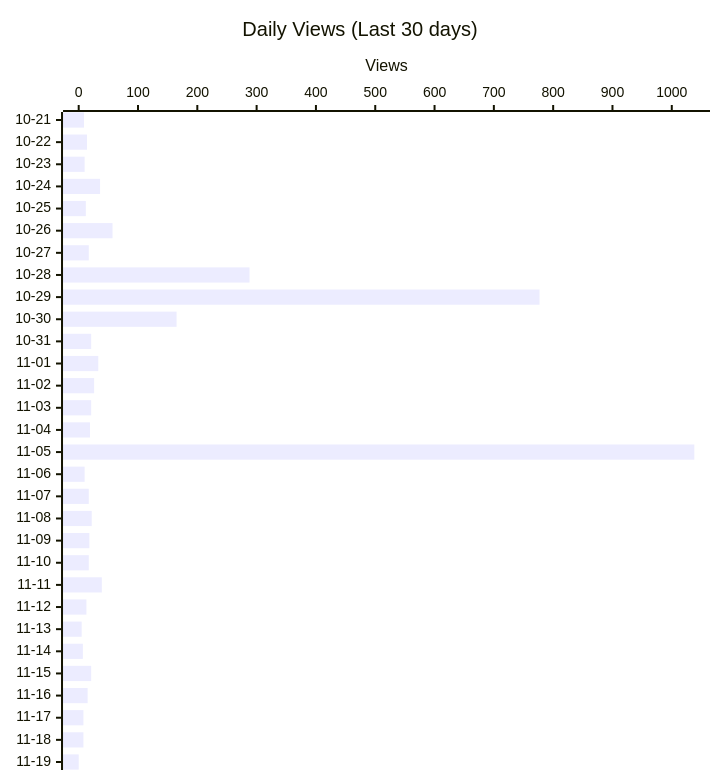
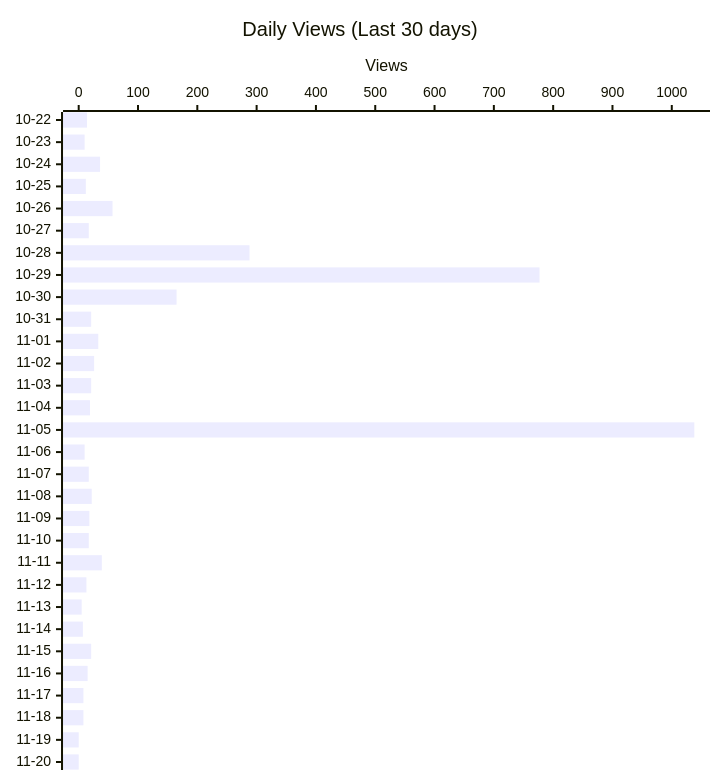
The second of 4 diagrams in README.md (shigechika/github-insights), drawn with Mermaid before and after one commit. The commit also changed other lines of this file and 1 other file, not shown here.

````diff
--- a/README.md
+++ b/README.md
@@ -28,12 +28,12 @@
 ```mermaid
 ---
 config:
   xyChart:
     height: 760
 ---
 xychart-beta horizontal
     title "Daily Views (Last 30 days)"
-    x-axis ["10-21", "10-22", "10-23", "10-24", "10-25", "10-26", "10-27", "10-28", "10-29", "10-30", "10-31", "11-01", "11-02", "11-03", "11-04", "11-05", "11-06", "11-07", "11-08", "11-09", "11-10", "11-11", "11-12", "11-13", "11-14", "11-15", "11-16", "11-17", "11-18", "11-19"]
+    x-axis ["10-22", "10-23", "10-24", "10-25", "10-26", "10-27", "10-28", "10-29", "10-30", "10-31", "11-01", "11-02", "11-03", "11-04", "11-05", "11-06", "11-07", "11-08", "11-09", "11-10", "11-11", "11-12", "11-13", "11-14", "11-15", "11-16", "11-17", "11-18", "11-19", "11-20"]
     y-axis "Views"
-    bar [9, 14, 10, 36, 12, 57, 17, 288, 777, 165, 21, 33, 26, 21, 19, 1038, 10, 17, 22, 18, 17, 39, 13, 5, 7, 21, 15, 8, 8, 0]
+    bar [14, 10, 36, 12, 57, 17, 288, 777, 165, 21, 33, 26, 21, 19, 1038, 10, 17, 22, 18, 17, 39, 13, 5, 7, 21, 15, 8, 8, 0, 0]
 ```
````
